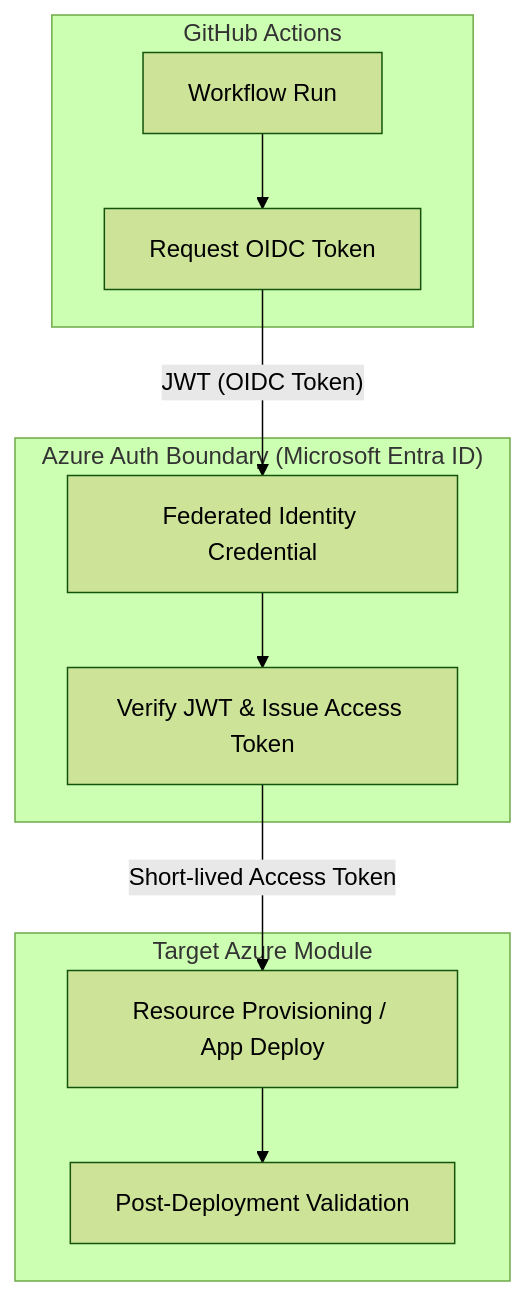
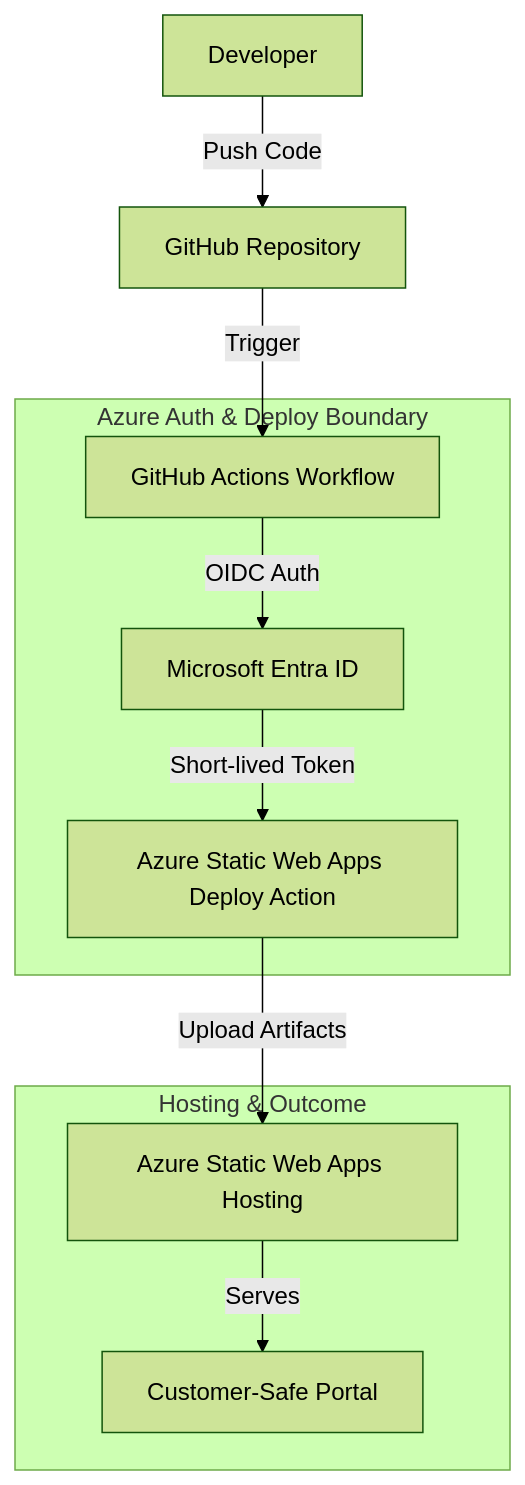
Before and after one commit to wildersa/azure_ref_kit: the diagram in building-blocks/devops/github-actions-azure-deploy/README.md, drawn with Mermaid (forest theme). The commit also changed other lines of this file and 2 other files, not shown here.

First line of the commit message:
Define GitHub Actions Azure deploy pattern for static status portal

````diff
--- a/building-blocks/devops/github-actions-azure-deploy/README.md
+++ b/building-blocks/devops/github-actions-azure-deploy/README.md
@@ -28,23 +20,15 @@
 ```mermaid
 graph TD
-    subgraph GitHub ["GitHub Actions"]
-        WF[Workflow Run]
-        OIDC[Request OIDC Token]
+    Developer[Developer] -->|Push Code| GitHub[GitHub Repository]
+    GitHub -->|Trigger| GHA[GitHub Actions Workflow]
+
+    subgraph "Azure Auth & Deploy Boundary"
+        GHA -->|OIDC Auth| Entra[Microsoft Entra ID]
+        Entra -->|Short-lived Token| SWADeploy[Azure Static Web Apps Deploy Action]
     end
 
-    subgraph AzureAuth ["Azure Auth Boundary (Microsoft Entra ID)"]
-        FIC[Federated Identity Credential]
-        Ver[Verify JWT & Issue Access Token]
+    subgraph "Hosting & Outcome"
+        SWADeploy -->|Upload Artifacts| SWAHost[Azure Static Web Apps Hosting]
+        SWAHost -->|Serves| Portal[Customer-Safe Portal]
     end
-
-    subgraph AzureTarget ["Target Azure Module"]
-        Deploy[Resource Provisioning / App Deploy]
-        Validation[Post-Deployment Validation]
-    end
-
-    WF --> OIDC
-    OIDC -- "JWT (OIDC Token)" --> FIC
-    FIC --> Ver
-    Ver -- "Short-lived Access Token" --> Deploy
-    Deploy --> Validation
 ```
````
